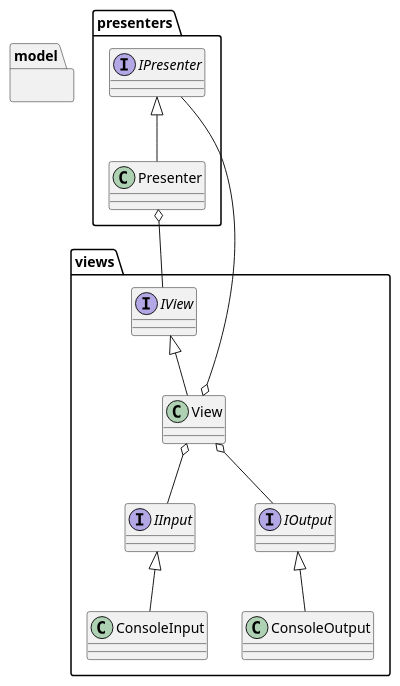
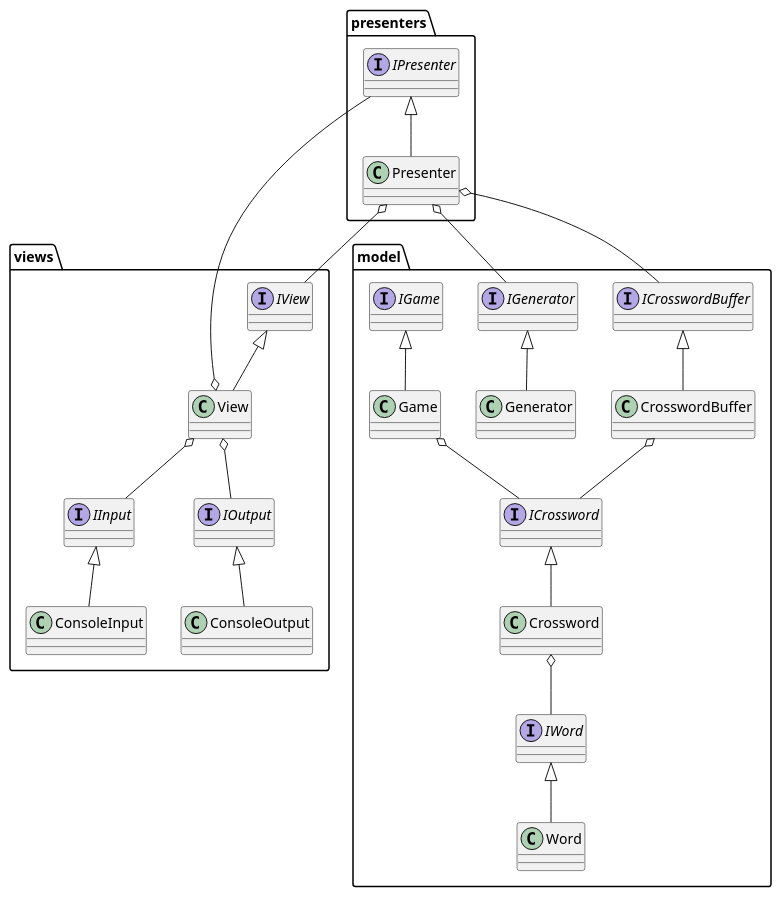
Before and after one commit to TraningCenter2018-2019/O_A_Tekuchev_first_task: the diagram in doc/uml/classes.pu, drawn with PlantUML. The commit also changed 1 other file, not shown here.

Commit message:
completes class diagram

```diff
--- a/doc/uml/classes.pu
+++ b/doc/uml/classes.pu
@@ -1,32 +1,57 @@
 @startuml
+
+presenters.Presenter o-- views.IView
+views.View o-- presenters.IPresenter
+presenters.Presenter o-- model.ICrosswordBuffer
+presenters.Presenter o-- model.IGenerator
 
 package presenters {
     interface IPresenter
+
     class Presenter
 
     IPresenter <|-- Presenter
 }
 
-Presenter o-- views.IView
-views.View o-- IPresenter
-
 package views {
     interface IView
     interface IInput
     interface IOutput
+
     class ConsoleInput
     class ConsoleOutput
     class View
     
-    IView <|-- View    
+    IView <|-- View        
+    IInput <|-- ConsoleInput
+    IOutput <|-- ConsoleOutput
+
     View o-- IInput
     View o-- IOutput    
-    IInput <|-- ConsoleInput
-    IOutput <|-- ConsoleOutput
 }
 
 package model {
-    
+    interface ICrosswordBuffer
+    interface IGenerator
+    interface ICrossword
+    interface IGame
+    interface IWord
+
+    class CrosswordBuffer
+    class Generator
+    class Crossword
+    class Game
+    class Word
+
+    ICrosswordBuffer <|-- CrosswordBuffer
+    IGenerator <|-- Generator
+    ICrossword <|-- Crossword
+    IGame <|-- Game
+    IWord <|-- Word
+
+    CrosswordBuffer o-- ICrossword
+    Game o-- ICrossword
+    Crossword o-- IWord
 }
 
 @enduml
```
